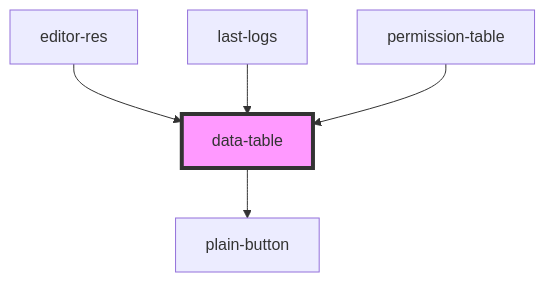
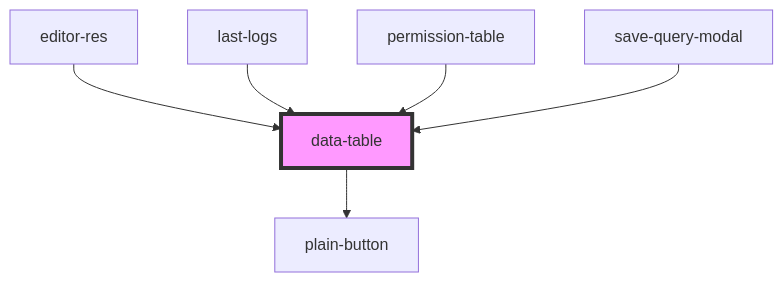
The diagram in src/components/common/items/data-table/readme.md (techvariable/NeptuneConnectComponents), drawn with Mermaid before and after one commit. The commit also changed other lines of this file and 10 other files, not shown here.

````diff
--- a/src/components/common/items/data-table/readme.md
+++ b/src/components/common/items/data-table/readme.md
@@ -40,8 +41,9 @@
 ```mermaid
 graph TD;
   data-table --> plain-button
   editor-res --> data-table
   last-logs --> data-table
   permission-table --> data-table
+  save-query-modal --> data-table
   style data-table fill:#f9f,stroke:#333,stroke-width:4px
 ```
````
